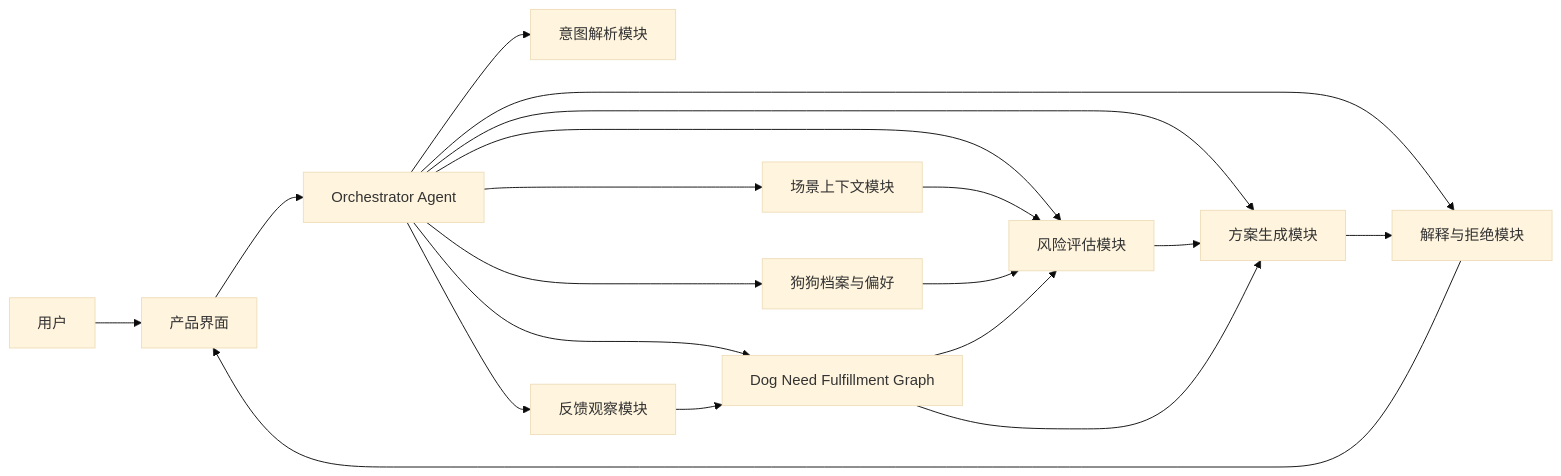
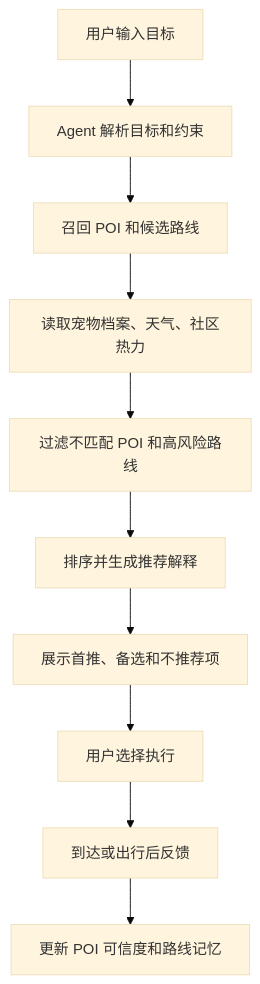
One commit to 1pitaph/PawPilot changed the third of 6 diagrams in docs/prd-pet-mobility-agent.md. Above: the diagram before and after it, drawn with Mermaid (base theme). The commit also changed other lines of this file and 5 other files, not shown here.

````diff
--- a/docs/prd-pet-mobility-agent.md
+++ b/docs/prd-pet-mobility-agent.md
@@ -588,21 +632,12 @@
 ```{mermaid}
-flowchart LR
-    U[用户] --> UI[产品界面]
-    UI --> O[Orchestrator Agent]
-    O --> I[意图解析模块]
-    O --> P[狗狗档案与偏好]
-    O --> C[场景上下文模块]
-    O --> G[Dog Need Fulfillment Graph]
-    O --> R[风险评估模块]
-    O --> S[方案生成模块]
-    O --> X[解释与拒绝模块]
-    O --> F[反馈观察模块]
-    C --> R
-    P --> R
-    G --> R
-    R --> S
-    G --> S
-    S --> X
-    X --> UI
-    F --> G
+flowchart TD
+    A[用户输入目标] --> B[Agent 解析目标和约束]
+    B --> C[召回 POI 和候选路线]
+    C --> D[读取宠物档案、天气、社区热力]
+    D --> E[过滤不匹配 POI 和高风险路线]
+    E --> F[排序并生成推荐解释]
+    F --> G[展示首推、备选和不推荐项]
+    G --> H[用户选择执行]
+    H --> I[到达或出行后反馈]
+    I --> J[更新 POI 可信度和路线记忆]
 ```
````
